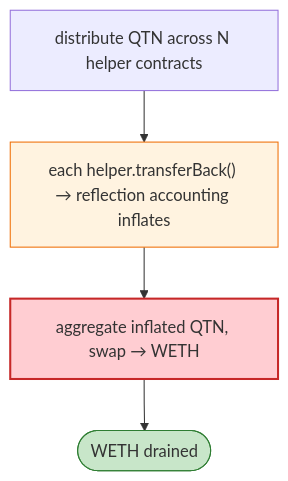
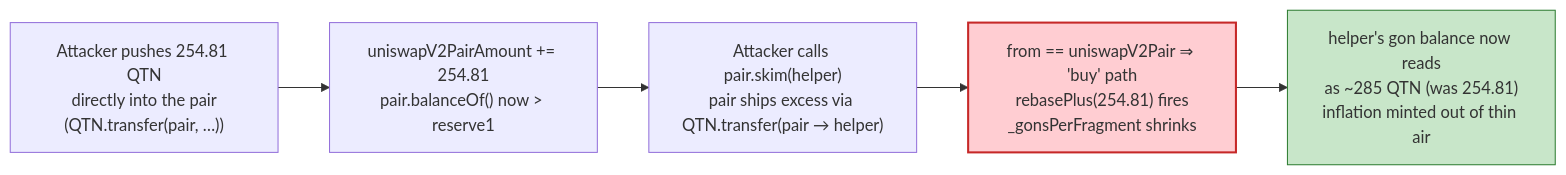
Before and after one commit to sanbir/evm-hack-registry: the fourth of 4 diagrams in 2023-01-QTN_exp/QTN_exp.md, drawn with Mermaid. The commit also changed other lines of this file and 52 other files, not shown here.

````diff
--- a/2023-01-QTN_exp/QTN_exp.md
+++ b/2023-01-QTN_exp/QTN_exp.md
@@ -39,10 +365,10 @@
 ```mermaid
-flowchart TD
-    D["distribute QTN across N helper contracts"] --> TB["each helper.transferBack() → reflection accounting inflates"]
-    TB --> SW["aggregate inflated QTN, swap → WETH"]
-    SW --> OUT(["WETH drained"])
+flowchart LR
+    A["Attacker pushes 254.81 QTN<br/>directly into the pair<br/>(QTN.transfer(pair, …))"] --> B["uniswapV2PairAmount += 254.81<br/>pair.balanceOf() now > reserve1"]
+    B --> C["Attacker calls pair.skim(helper)<br/>pair ships excess via QTN.transfer(pair → helper)"]
+    C --> D["from == uniswapV2Pair ⇒ 'buy' path<br/>rebasePlus(254.81) fires<br/>_gonsPerFragment shrinks"]
+    D --> E["helper's gon balance now reads<br/>as ~285 QTN (was 254.81)<br/>inflation minted out of thin air"]
 
-    style TB fill:#fff3e0,stroke:#ef6c00
-    style SW fill:#ffcdd2,stroke:#c62828,stroke-width:2px
-    style OUT fill:#c8e6c9,stroke:#2e7d32
+    style D fill:#ffcdd2,stroke:#c62828,stroke-width:2px
+    style E fill:#c8e6c9,stroke:#2e7d32
 ```
````
